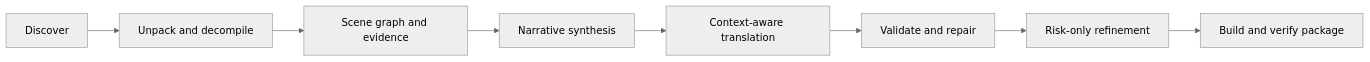
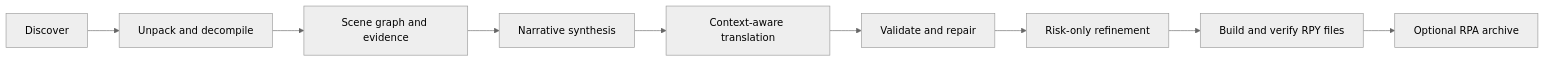
The diagram in README.md (Mehael-Yeh/RenWeave), drawn with Mermaid (neutral theme) before and after one commit. The commit also changed other lines of this file and 11 other files, not shown here.

Commit message:
Make RPA output optional

````diff
--- a/README.md
+++ b/README.md
@@ -133,10 +133,11 @@
 ```mermaid
 flowchart LR
     A[Discover] --> B[Unpack and decompile]
     B --> C[Scene graph and evidence]
     C --> D[Narrative synthesis]
     D --> E[Context-aware translation]
     E --> F[Validate and repair]
     F --> G[Risk-only refinement]
-    G --> H[Build and verify package]
+    G --> H[Build and verify RPY files]
+    H --> I[Optional RPA archive]
 ```
````
